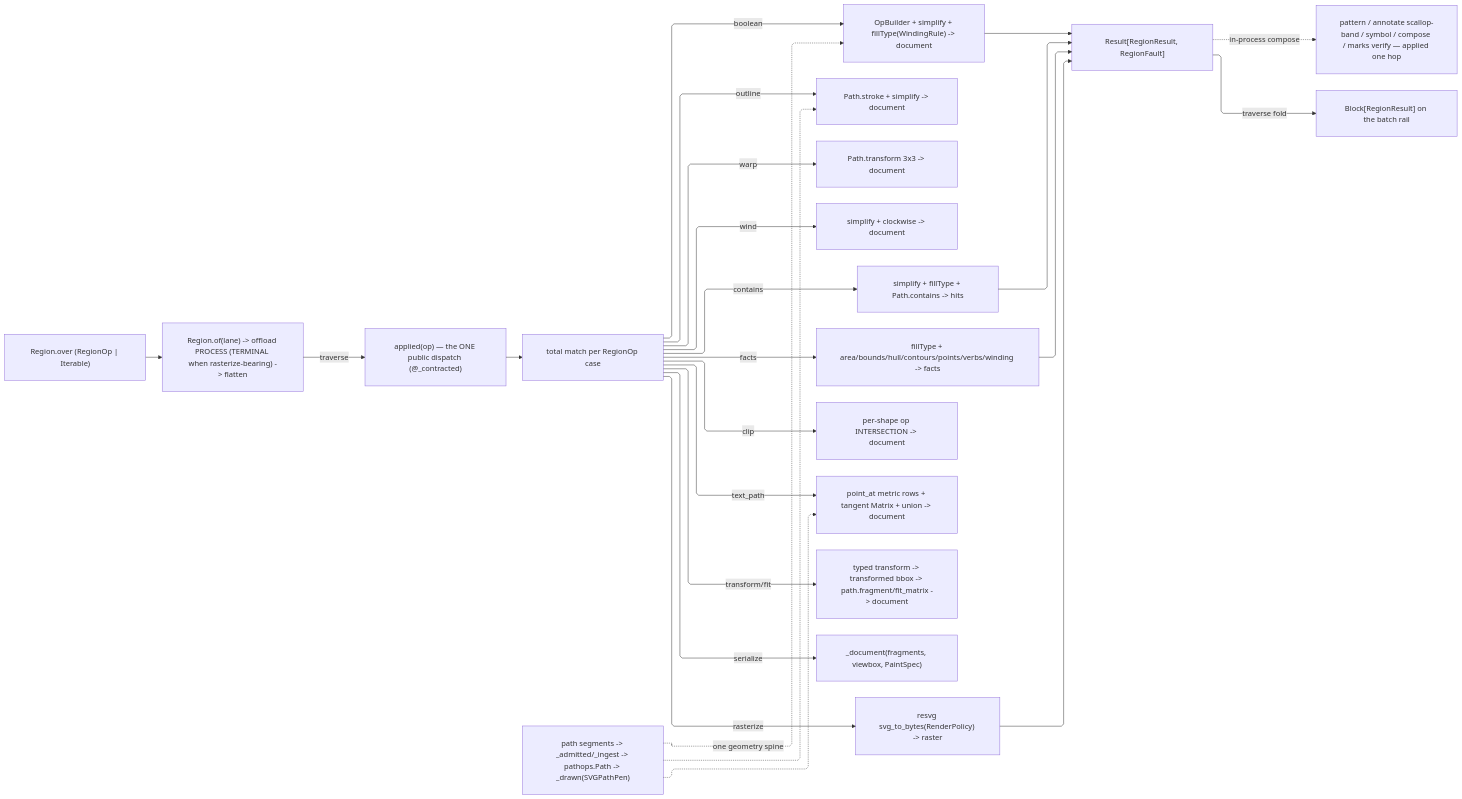
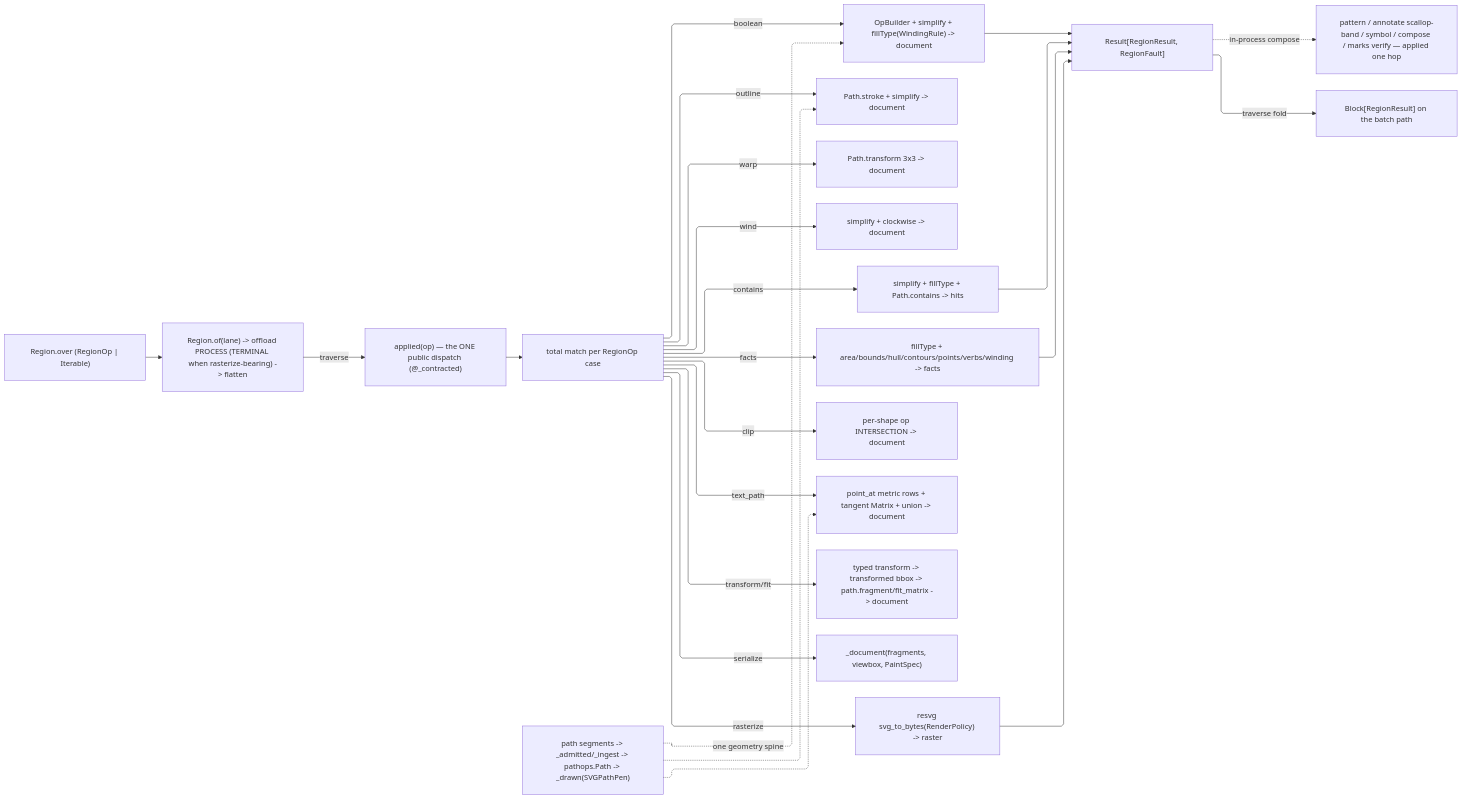
The diagram in libs/python/artifacts/.planning/graphic/vector/region.md (bsamiee/Rasm), drawn with Mermaid before and after one commit. The commit also changed other lines of this file and 1997 other files, not shown here.

First line of the commit message:
docs: rename rail to result and seam to boundary across the corpus

````diff
--- a/libs/python/artifacts/.planning/graphic/vector/region.md
+++ b/libs/python/artifacts/.planning/graphic/vector/region.md
@@ -624,35 +624,35 @@
 ```mermaid
 ---
 config:
   layout: elk
   flowchart:
     curve: linear
     padding: 25
 ---
 flowchart LR
-    accTitle: Region operation dispatch and result rail
-    accDescr: One public applied entry totally matching each region case onto the boolean, outline, warp, wind, contains, facts, clip, text-path, transform, serialize, and rasterize arms over a single geometry spine, every arm closing on the region result rail that folds to a block and composes one hop into the downstream surfaces.
+    accTitle: Region operation dispatch and result type
+    accDescr: One public applied entry totally matching each region case onto the boolean, outline, warp, wind, contains, facts, clip, text-path, transform, serialize, and rasterize arms over a single geometry spine, every arm closing on the region result type that folds to a block and composes one hop into the downstream surfaces.
     Applied["applied(op) — the ONE public dispatch (@_contracted)"] --> Disp["total match per RegionOp case"]
     Over["Region.over (RegionOp | Iterable)"] --> Of["Region.of(lane) -> offload PROCESS (TERMINAL when rasterize-bearing) -> flatten"]
     Of -->|traverse| Applied
     Disp -->|boolean| Bl["OpBuilder + simplify + fillType(WindingRule) -> document"]
     Disp -->|outline| Ol["Path.stroke + simplify -> document"]
     Disp -->|warp| Wp["Path.transform 3x3 -> document"]
     Disp -->|wind| Wd["simplify + clockwise -> document"]
     Disp -->|contains| Ct["simplify + fillType + Path.contains -> hits"]
     Disp -->|facts| Fc["fillType + area/bounds/hull/contours/points/verbs/winding -> facts"]
     Disp -->|clip| Cl["per-shape op INTERSECTION -> document"]
     Disp -->|text_path| Tp["point_at metric rows + tangent Matrix + union -> document"]
     Disp -->|transform/fit| Tf["typed transform -> transformed bbox -> path.fragment/fit_matrix -> document"]
     Disp -->|serialize| Sr["_document(fragments, viewbox, PaintSpec)"]
     Disp -->|rasterize| Rz["resvg svg_to_bytes(RenderPolicy) -> raster"]
     Spine["path segments -> _admitted/_ingest -> pathops.Path -> _drawn(SVGPathPen)"] -.->|one geometry spine| Bl
     Spine -.-> Ol
     Spine -.-> Tp
     Bl --> Result["Result[RegionResult, RegionFault]"]
     Ct --> Result
     Fc --> Result
     Rz --> Result
     Result -.->|"in-process compose"| Consumers["pattern / annotate scallop-band / symbol / compose / marks verify — applied one hop"]
-    Result -->|traverse fold| Block["Block[RegionResult] on the batch rail"]
+    Result -->|traverse fold| Block["Block[RegionResult] on the batch path"]
 ```
````
